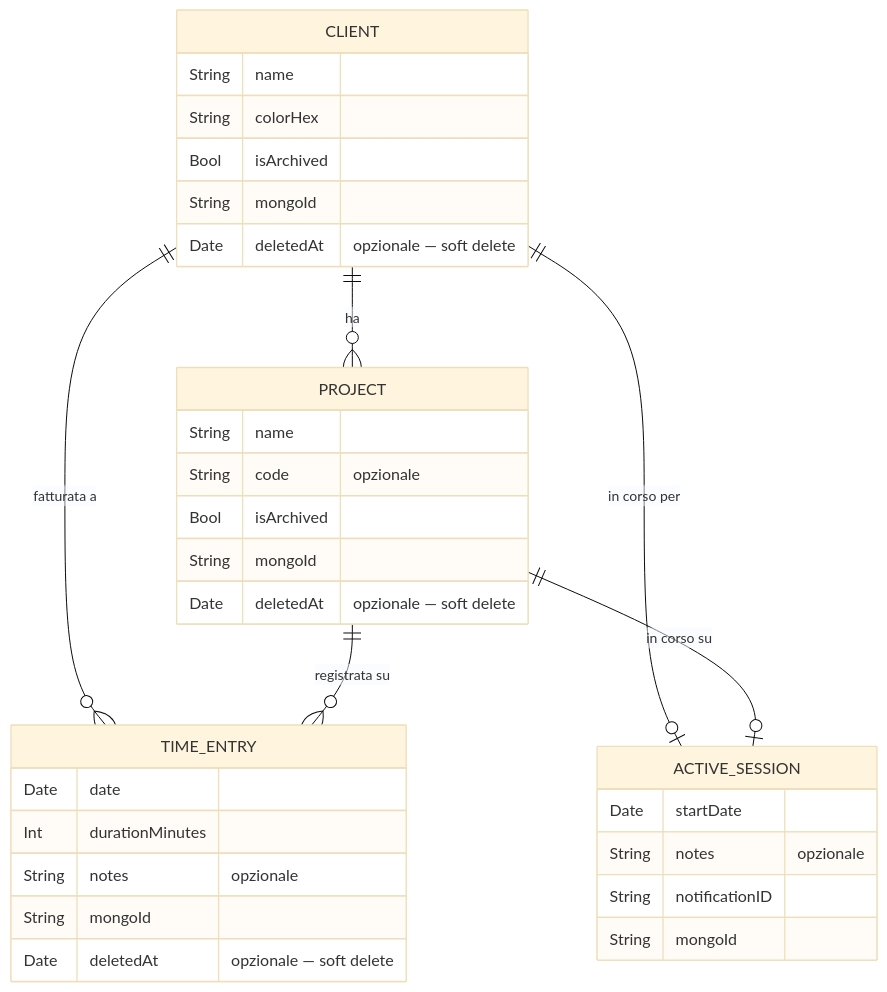
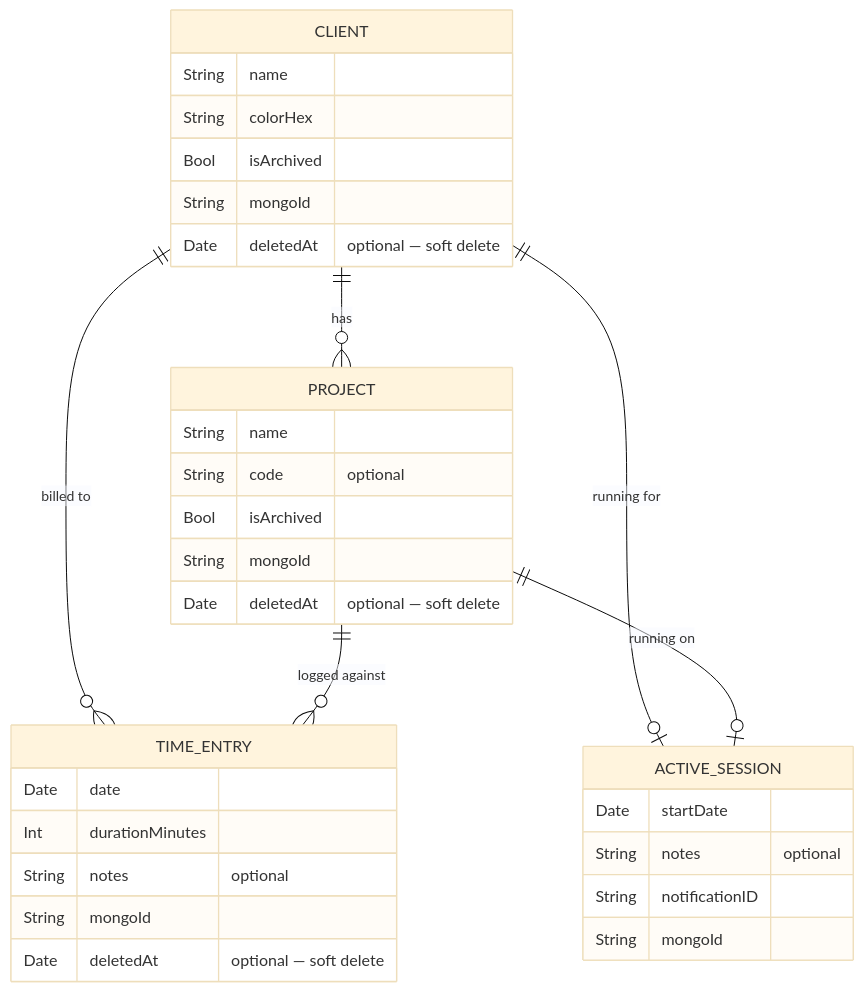
Before and after one commit to albertobarrago/timelog: the first of 2 diagrams in docs/02-modello-dati.md, drawn with Mermaid (base theme). The commit also changed other lines of this file and 12 other files, not shown here.

````diff
--- a/docs/02-modello-dati.md
+++ b/docs/02-modello-dati.md
@@ -5,36 +5,36 @@
 ```mermaid
 erDiagram
     CLIENT {
         String  name
         String  colorHex
         Bool    isArchived
         String  mongoId
-        Date    deletedAt   "opzionale — soft delete"
+        Date    deletedAt   "optional — soft delete"
     }
     PROJECT {
         String  name
-        String  code        "opzionale"
+        String  code        "optional"
         Bool    isArchived
         String  mongoId
-        Date    deletedAt   "opzionale — soft delete"
+        Date    deletedAt   "optional — soft delete"
     }
     TIME_ENTRY {
         Date    date
         Int     durationMinutes
-        String  notes       "opzionale"
+        String  notes       "optional"
         String  mongoId
-        Date    deletedAt   "opzionale — soft delete"
+        Date    deletedAt   "optional — soft delete"
     }
     ACTIVE_SESSION {
         Date    startDate
-        String  notes       "opzionale"
+        String  notes       "optional"
         String  notificationID
         String  mongoId
     }
 
-    CLIENT ||--o{ PROJECT       : "ha"
-    CLIENT ||--o{ TIME_ENTRY    : "fatturata a"
-    CLIENT ||--o| ACTIVE_SESSION : "in corso per"
-    PROJECT ||--o{ TIME_ENTRY   : "registrata su"
-    PROJECT ||--o| ACTIVE_SESSION : "in corso su"
+    CLIENT ||--o{ PROJECT       : "has"
+    CLIENT ||--o{ TIME_ENTRY    : "billed to"
+    CLIENT ||--o| ACTIVE_SESSION : "running for"
+    PROJECT ||--o{ TIME_ENTRY   : "logged against"
+    PROJECT ||--o| ACTIVE_SESSION : "running on"
 ```
````
